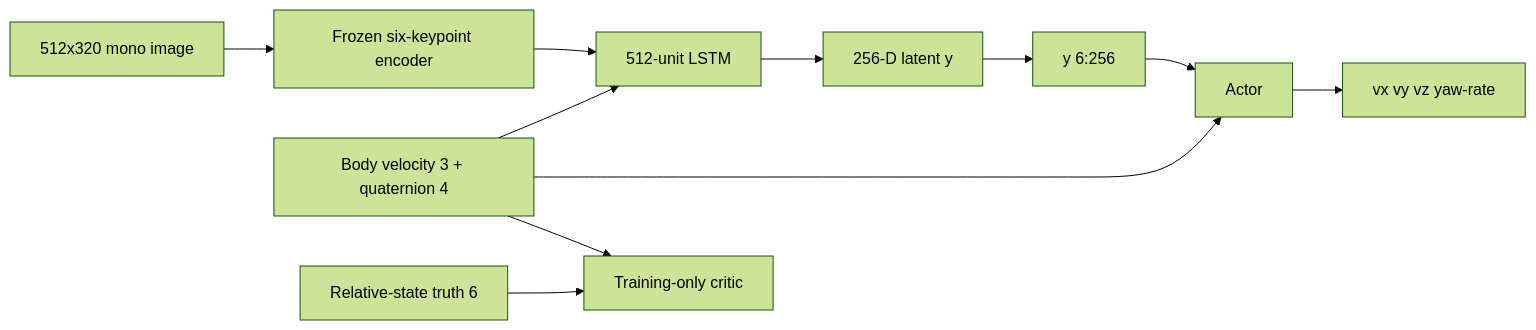
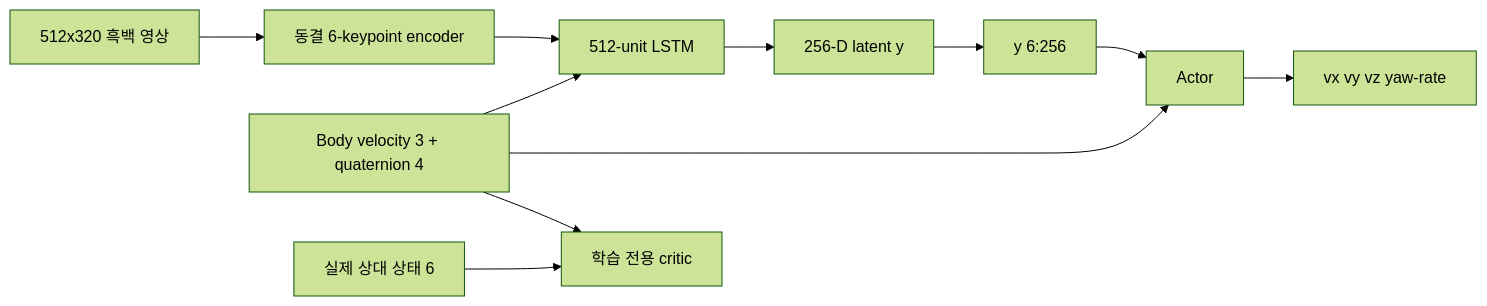
The first of 2 diagrams in Ontology_RGAT_UAV_RL_ISAAC_PX4/README.md (junsuk123/OntoReward-RL), drawn with Mermaid (forest theme) before and after one commit. The commit also changed other lines of this file and 14 other files, not shown here.

````diff
--- a/Ontology_RGAT_UAV_RL_ISAAC_PX4/README.md
+++ b/Ontology_RGAT_UAV_RL_ISAAC_PX4/README.md
@@ -107,13 +102,13 @@
 ```mermaid
 flowchart LR
-  CAM[512x320 mono image] --> KP[Frozen six-keypoint encoder]
+  CAM[512x320 흑백 영상] --> KP[동결 6-keypoint encoder]
   KP --> LSTM[512-unit LSTM]
   UAV[Body velocity 3 + quaternion 4] --> LSTM
   LSTM --> LAT[256-D latent y]
   LAT --> SLICE[y 6:256]
   UAV --> ACT[Actor]
   SLICE --> ACT
   ACT --> CMD[vx vy vz yaw-rate]
-  TRUTH[Relative-state truth 6] --> CRIT[Training-only critic]
+  TRUTH[실제 상대 상태 6] --> CRIT[학습 전용 critic]
   UAV --> CRIT
 ```
````
